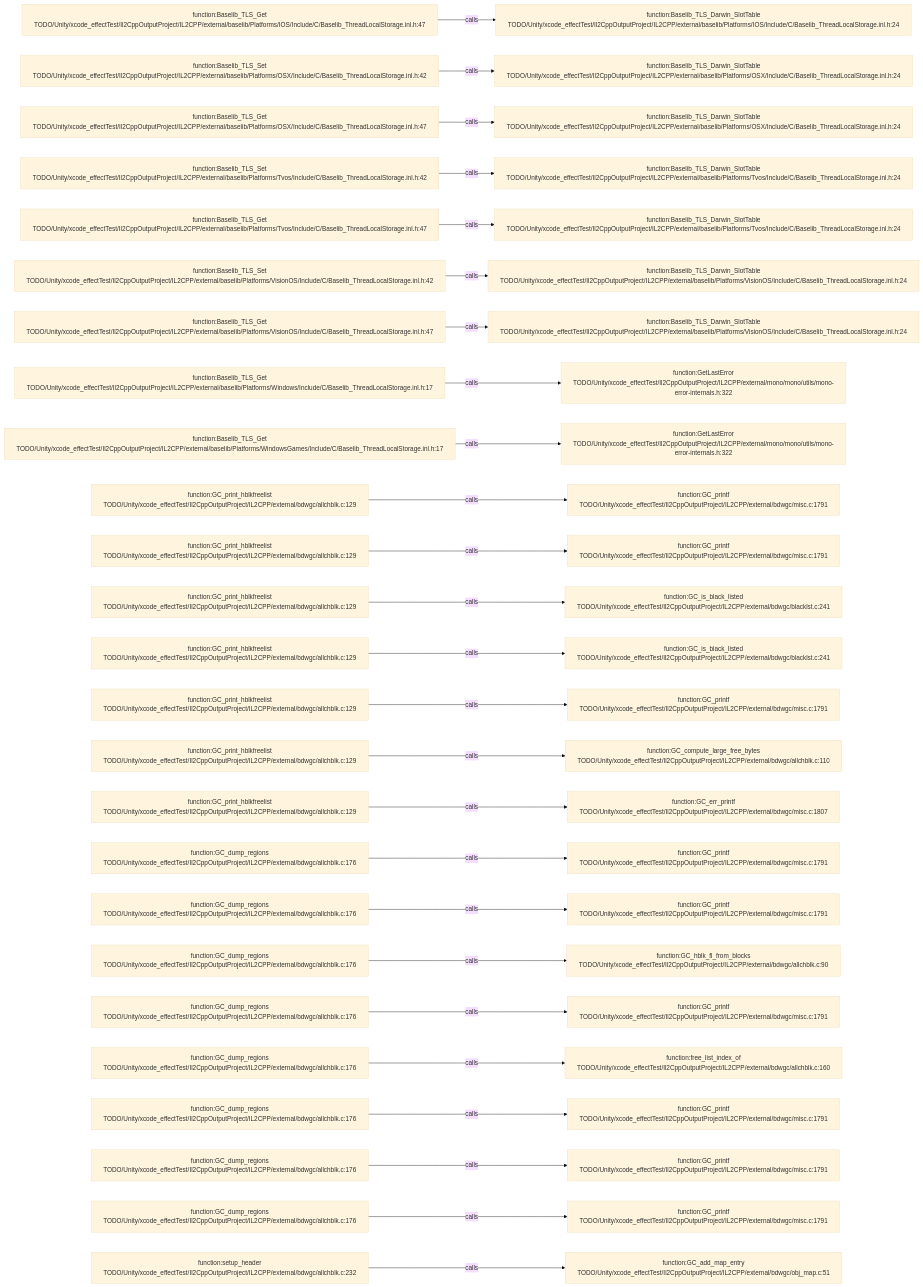
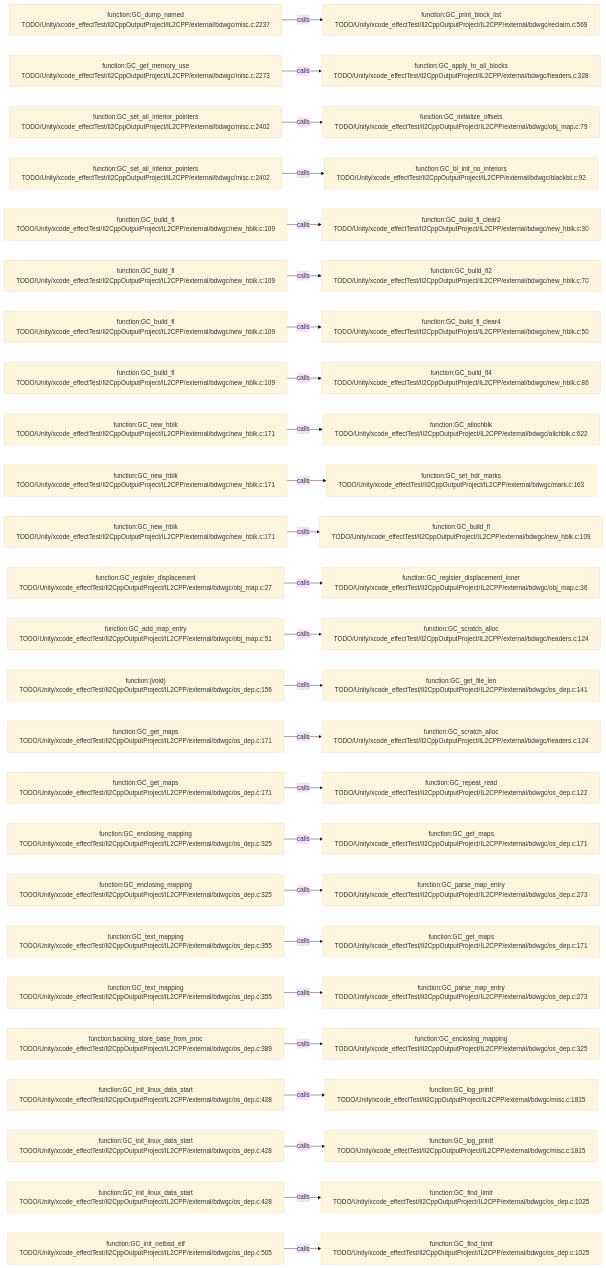
One commit to JobsKits/JobsSwiftBaseConfigDemo changed the diagram in .codegraph/codegraph.md/graphs/calls-141.md. Above: the diagram before and after it, drawn with Mermaid (base theme). The commit also changed 227 other files, not shown here.

````diff
--- a/.codegraph/codegraph.md/graphs/calls-141.md
+++ b/.codegraph/codegraph.md/graphs/calls-141.md
@@ -13,78 +13,78 @@
 ```mermaid
 flowchart LR
-  S1["function:Baselib_TLS_Get<br/>TODO/Unity/xcode_effectTest/Il2CppOutputProject/IL2CPP/external/baselib/Platforms/IOS/Include/C/Baselib_ThreadLocalStorage.inl.h:47"]
-  T1["function:Baselib_TLS_Darwin_SlotTable<br/>TODO/Unity/xcode_effectTest/Il2CppOutputProject/IL2CPP/external/baselib/Platforms/IOS/Include/C/Baselib_ThreadLocalStorage.inl.h:24"]
+  S1["function:GC_dump_named<br/>TODO/Unity/xcode_effectTest/Il2CppOutputProject/IL2CPP/external/bdwgc/misc.c:2237"]
+  T1["function:GC_print_block_list<br/>TODO/Unity/xcode_effectTest/Il2CppOutputProject/IL2CPP/external/bdwgc/reclaim.c:569"]
   S1 -->|calls| T1
-  S2["function:Baselib_TLS_Set<br/>TODO/Unity/xcode_effectTest/Il2CppOutputProject/IL2CPP/external/baselib/Platforms/OSX/Include/C/Baselib_ThreadLocalStorage.inl.h:42"]
-  T2["function:Baselib_TLS_Darwin_SlotTable<br/>TODO/Unity/xcode_effectTest/Il2CppOutputProject/IL2CPP/external/baselib/Platforms/OSX/Include/C/Baselib_ThreadLocalStorage.inl.h:24"]
+  S2["function:GC_get_memory_use<br/>TODO/Unity/xcode_effectTest/Il2CppOutputProject/IL2CPP/external/bdwgc/misc.c:2273"]
+  T2["function:GC_apply_to_all_blocks<br/>TODO/Unity/xcode_effectTest/Il2CppOutputProject/IL2CPP/external/bdwgc/headers.c:328"]
   S2 -->|calls| T2
-  S3["function:Baselib_TLS_Get<br/>TODO/Unity/xcode_effectTest/Il2CppOutputProject/IL2CPP/external/baselib/Platforms/OSX/Include/C/Baselib_ThreadLocalStorage.inl.h:47"]
-  T3["function:Baselib_TLS_Darwin_SlotTable<br/>TODO/Unity/xcode_effectTest/Il2CppOutputProject/IL2CPP/external/baselib/Platforms/OSX/Include/C/Baselib_ThreadLocalStorage.inl.h:24"]
+  S3["function:GC_set_all_interior_pointers<br/>TODO/Unity/xcode_effectTest/Il2CppOutputProject/IL2CPP/external/bdwgc/misc.c:2402"]
+  T3["function:GC_initialize_offsets<br/>TODO/Unity/xcode_effectTest/Il2CppOutputProject/IL2CPP/external/bdwgc/obj_map.c:79"]
   S3 -->|calls| T3
-  S4["function:Baselib_TLS_Set<br/>TODO/Unity/xcode_effectTest/Il2CppOutputProject/IL2CPP/external/baselib/Platforms/Tvos/Include/C/Baselib_ThreadLocalStorage.inl.h:42"]
-  T4["function:Baselib_TLS_Darwin_SlotTable<br/>TODO/Unity/xcode_effectTest/Il2CppOutputProject/IL2CPP/external/baselib/Platforms/Tvos/Include/C/Baselib_ThreadLocalStorage.inl.h:24"]
+  S4["function:GC_set_all_interior_pointers<br/>TODO/Unity/xcode_effectTest/Il2CppOutputProject/IL2CPP/external/bdwgc/misc.c:2402"]
+  T4["function:GC_bl_init_no_interiors<br/>TODO/Unity/xcode_effectTest/Il2CppOutputProject/IL2CPP/external/bdwgc/blacklst.c:92"]
   S4 -->|calls| T4
-  S5["function:Baselib_TLS_Get<br/>TODO/Unity/xcode_effectTest/Il2CppOutputProject/IL2CPP/external/baselib/Platforms/Tvos/Include/C/Baselib_ThreadLocalStorage.inl.h:47"]
-  T5["function:Baselib_TLS_Darwin_SlotTable<br/>TODO/Unity/xcode_effectTest/Il2CppOutputProject/IL2CPP/external/baselib/Platforms/Tvos/Include/C/Baselib_ThreadLocalStorage.inl.h:24"]
+  S5["function:GC_build_fl<br/>TODO/Unity/xcode_effectTest/Il2CppOutputProject/IL2CPP/external/bdwgc/new_hblk.c:109"]
+  T5["function:GC_build_fl_clear2<br/>TODO/Unity/xcode_effectTest/Il2CppOutputProject/IL2CPP/external/bdwgc/new_hblk.c:30"]
   S5 -->|calls| T5
-  S6["function:Baselib_TLS_Set<br/>TODO/Unity/xcode_effectTest/Il2CppOutputProject/IL2CPP/external/baselib/Platforms/VisionOS/Include/C/Baselib_ThreadLocalStorage.inl.h:42"]
-  T6["function:Baselib_TLS_Darwin_SlotTable<br/>TODO/Unity/xcode_effectTest/Il2CppOutputProject/IL2CPP/external/baselib/Platforms/VisionOS/Include/C/Baselib_ThreadLocalStorage.inl.h:24"]
+  S6["function:GC_build_fl<br/>TODO/Unity/xcode_effectTest/Il2CppOutputProject/IL2CPP/external/bdwgc/new_hblk.c:109"]
+  T6["function:GC_build_fl2<br/>TODO/Unity/xcode_effectTest/Il2CppOutputProject/IL2CPP/external/bdwgc/new_hblk.c:70"]
   S6 -->|calls| T6
-  S7["function:Baselib_TLS_Get<br/>TODO/Unity/xcode_effectTest/Il2CppOutputProject/IL2CPP/external/baselib/Platforms/VisionOS/Include/C/Baselib_ThreadLocalStorage.inl.h:47"]
-  T7["function:Baselib_TLS_Darwin_SlotTable<br/>TODO/Unity/xcode_effectTest/Il2CppOutputProject/IL2CPP/external/baselib/Platforms/VisionOS/Include/C/Baselib_ThreadLocalStorage.inl.h:24"]
+  S7["function:GC_build_fl<br/>TODO/Unity/xcode_effectTest/Il2CppOutputProject/IL2CPP/external/bdwgc/new_hblk.c:109"]
+  T7["function:GC_build_fl_clear4<br/>TODO/Unity/xcode_effectTest/Il2CppOutputProject/IL2CPP/external/bdwgc/new_hblk.c:50"]
   S7 -->|calls| T7
-  S8["function:Baselib_TLS_Get<br/>TODO/Unity/xcode_effectTest/Il2CppOutputProject/IL2CPP/external/baselib/Platforms/Windows/Include/C/Baselib_ThreadLocalStorage.inl.h:17"]
-  T8["function:GetLastError<br/>TODO/Unity/xcode_effectTest/Il2CppOutputProject/IL2CPP/external/mono/mono/utils/mono-error-internals.h:322"]
+  S8["function:GC_build_fl<br/>TODO/Unity/xcode_effectTest/Il2CppOutputProject/IL2CPP/external/bdwgc/new_hblk.c:109"]
+  T8["function:GC_build_fl4<br/>TODO/Unity/xcode_effectTest/Il2CppOutputProject/IL2CPP/external/bdwgc/new_hblk.c:86"]
   S8 -->|calls| T8
-  S9["function:Baselib_TLS_Get<br/>TODO/Unity/xcode_effectTest/Il2CppOutputProject/IL2CPP/external/baselib/Platforms/WindowsGames/Include/C/Baselib_ThreadLocalStorage.inl.h:17"]
-  T9["function:GetLastError<br/>TODO/Unity/xcode_effectTest/Il2CppOutputProject/IL2CPP/external/mono/mono/utils/mono-error-internals.h:322"]
+  S9["function:GC_new_hblk<br/>TODO/Unity/xcode_effectTest/Il2CppOutputProject/IL2CPP/external/bdwgc/new_hblk.c:171"]
+  T9["function:GC_allochblk<br/>TODO/Unity/xcode_effectTest/Il2CppOutputProject/IL2CPP/external/bdwgc/allchblk.c:622"]
   S9 -->|calls| T9
-  S10["function:GC_print_hblkfreelist<br/>TODO/Unity/xcode_effectTest/Il2CppOutputProject/IL2CPP/external/bdwgc/allchblk.c:129"]
-  T10["function:GC_printf<br/>TODO/Unity/xcode_effectTest/Il2CppOutputProject/IL2CPP/external/bdwgc/misc.c:1791"]
+  S10["function:GC_new_hblk<br/>TODO/Unity/xcode_effectTest/Il2CppOutputProject/IL2CPP/external/bdwgc/new_hblk.c:171"]
+  T10["function:GC_set_hdr_marks<br/>TODO/Unity/xcode_effectTest/Il2CppOutputProject/IL2CPP/external/bdwgc/mark.c:163"]
   S10 -->|calls| T10
-  S11["function:GC_print_hblkfreelist<br/>TODO/Unity/xcode_effectTest/Il2CppOutputProject/IL2CPP/external/bdwgc/allchblk.c:129"]
-  T11["function:GC_printf<br/>TODO/Unity/xcode_effectTest/Il2CppOutputProject/IL2CPP/external/bdwgc/misc.c:1791"]
+  S11["function:GC_new_hblk<br/>TODO/Unity/xcode_effectTest/Il2CppOutputProject/IL2CPP/external/bdwgc/new_hblk.c:171"]
+  T11["function:GC_build_fl<br/>TODO/Unity/xcode_effectTest/Il2CppOutputProject/IL2CPP/external/bdwgc/new_hblk.c:109"]
   S11 -->|calls| T11
-  S12["function:GC_print_hblkfreelist<br/>TODO/Unity/xcode_effectTest/Il2CppOutputProject/IL2CPP/external/bdwgc/allchblk.c:129"]
-  T12["function:GC_is_black_listed<br/>TODO/Unity/xcode_effectTest/Il2CppOutputProject/IL2CPP/external/bdwgc/blacklst.c:241"]
+  S12["function:GC_register_displacement<br/>TODO/Unity/xcode_effectTest/Il2CppOutputProject/IL2CPP/external/bdwgc/obj_map.c:27"]
+  T12["function:GC_register_displacement_inner<br/>TODO/Unity/xcode_effectTest/Il2CppOutputProject/IL2CPP/external/bdwgc/obj_map.c:36"]
   S12 -->|calls| T12
-  S13["function:GC_print_hblkfreelist<br/>TODO/Unity/xcode_effectTest/Il2CppOutputProject/IL2CPP/external/bdwgc/allchblk.c:129"]
-  T13["function:GC_is_black_listed<br/>TODO/Unity/xcode_effectTest/Il2CppOutputProject/IL2CPP/external/bdwgc/blacklst.c:241"]
+  S13["function:GC_add_map_entry<br/>TODO/Unity/xcode_effectTest/Il2CppOutputProject/IL2CPP/external/bdwgc/obj_map.c:51"]
+  T13["function:GC_scratch_alloc<br/>TODO/Unity/xcode_effectTest/Il2CppOutputProject/IL2CPP/external/bdwgc/headers.c:124"]
   S13 -->|calls| T13
-  S14["function:GC_print_hblkfreelist<br/>TODO/Unity/xcode_effectTest/Il2CppOutputProject/IL2CPP/external/bdwgc/allchblk.c:129"]
-  T14["function:GC_printf<br/>TODO/Unity/xcode_effectTest/Il2CppOutputProject/IL2CPP/external/bdwgc/misc.c:1791"]
+  S14["function:(void)<br/>TODO/Unity/xcode_effectTest/Il2CppOutputProject/IL2CPP/external/bdwgc/os_dep.c:156"]
+  T14["function:GC_get_file_len<br/>TODO/Unity/xcode_effectTest/Il2CppOutputProject/IL2CPP/external/bdwgc/os_dep.c:141"]
   S14 -->|calls| T14
-  S15["function:GC_print_hblkfreelist<br/>TODO/Unity/xcode_effectTest/Il2CppOutputProject/IL2CPP/external/bdwgc/allchblk.c:129"]
-  T15["function:GC_compute_large_free_bytes<br/>TODO/Unity/xcode_effectTest/Il2CppOutputProject/IL2CPP/external/bdwgc/allchblk.c:110"]
+  S15["function:GC_get_maps<br/>TODO/Unity/xcode_effectTest/Il2CppOutputProject/IL2CPP/external/bdwgc/os_dep.c:171"]
+  T15["function:GC_scratch_alloc<br/>TODO/Unity/xcode_effectTest/Il2CppOutputProject/IL2CPP/external/bdwgc/headers.c:124"]
   S15 -->|calls| T15
-  S16["function:GC_print_hblkfreelist<br/>TODO/Unity/xcode_effectTest/Il2CppOutputProject/IL2CPP/external/bdwgc/allchblk.c:129"]
-  T16["function:GC_err_printf<br/>TODO/Unity/xcode_effectTest/Il2CppOutputProject/IL2CPP/external/bdwgc/misc.c:1807"]
+  S16["function:GC_get_maps<br/>TODO/Unity/xcode_effectTest/Il2CppOutputProject/IL2CPP/external/bdwgc/os_dep.c:171"]
+  T16["function:GC_repeat_read<br/>TODO/Unity/xcode_effectTest/Il2CppOutputProject/IL2CPP/external/bdwgc/os_dep.c:122"]
   S16 -->|calls| T16
-  S17["function:GC_dump_regions<br/>TODO/Unity/xcode_effectTest/Il2CppOutputProject/IL2CPP/external/bdwgc/allchblk.c:176"]
-  T17["function:GC_printf<br/>TODO/Unity/xcode_effectTest/Il2CppOutputProject/IL2CPP/external/bdwgc/misc.c:1791"]
+  S17["function:GC_enclosing_mapping<br/>TODO/Unity/xcode_effectTest/Il2CppOutputProject/IL2CPP/external/bdwgc/os_dep.c:325"]
+  T17["function:GC_get_maps<br/>TODO/Unity/xcode_effectTest/Il2CppOutputProject/IL2CPP/external/bdwgc/os_dep.c:171"]
   S17 -->|calls| T17
-  S18["function:GC_dump_regions<br/>TODO/Unity/xcode_effectTest/Il2CppOutputProject/IL2CPP/external/bdwgc/allchblk.c:176"]
-  T18["function:GC_printf<br/>TODO/Unity/xcode_effectTest/Il2CppOutputProject/IL2CPP/external/bdwgc/misc.c:1791"]
+  S18["function:GC_enclosing_mapping<br/>TODO/Unity/xcode_effectTest/Il2CppOutputProject/IL2CPP/external/bdwgc/os_dep.c:325"]
+  T18["function:GC_parse_map_entry<br/>TODO/Unity/xcode_effectTest/Il2CppOutputProject/IL2CPP/external/bdwgc/os_dep.c:273"]
   S18 -->|calls| T18
-  S19["function:GC_dump_regions<br/>TODO/Unity/xcode_effectTest/Il2CppOutputProject/IL2CPP/external/bdwgc/allchblk.c:176"]
-  T19["function:GC_hblk_fl_from_blocks<br/>TODO/Unity/xcode_effectTest/Il2CppOutputProject/IL2CPP/external/bdwgc/allchblk.c:90"]
+  S19["function:GC_text_mapping<br/>TODO/Unity/xcode_effectTest/Il2CppOutputProject/IL2CPP/external/bdwgc/os_dep.c:355"]
+  T19["function:GC_get_maps<br/>TODO/Unity/xcode_effectTest/Il2CppOutputProject/IL2CPP/external/bdwgc/os_dep.c:171"]
   S19 -->|calls| T19
-  S20["function:GC_dump_regions<br/>TODO/Unity/xcode_effectTest/Il2CppOutputProject/IL2CPP/external/bdwgc/allchblk.c:176"]
-  T20["function:GC_printf<br/>TODO/Unity/xcode_effectTest/Il2CppOutputProject/IL2CPP/external/bdwgc/misc.c:1791"]
+  S20["function:GC_text_mapping<br/>TODO/Unity/xcode_effectTest/Il2CppOutputProject/IL2CPP/external/bdwgc/os_dep.c:355"]
+  T20["function:GC_parse_map_entry<br/>TODO/Unity/xcode_effectTest/Il2CppOutputProject/IL2CPP/external/bdwgc/os_dep.c:273"]
   S20 -->|calls| T20
-  S21["function:GC_dump_regions<br/>TODO/Unity/xcode_effectTest/Il2CppOutputProject/IL2CPP/external/bdwgc/allchblk.c:176"]
-  T21["function:free_list_index_of<br/>TODO/Unity/xcode_effectTest/Il2CppOutputProject/IL2CPP/external/bdwgc/allchblk.c:160"]
+  S21["function:backing_store_base_from_proc<br/>TODO/Unity/xcode_effectTest/Il2CppOutputProject/IL2CPP/external/bdwgc/os_dep.c:389"]
+  T21["function:GC_enclosing_mapping<br/>TODO/Unity/xcode_effectTest/Il2CppOutputProject/IL2CPP/external/bdwgc/os_dep.c:325"]
   S21 -->|calls| T21
-  S22["function:GC_dump_regions<br/>TODO/Unity/xcode_effectTest/Il2CppOutputProject/IL2CPP/external/bdwgc/allchblk.c:176"]
-  T22["function:GC_printf<br/>TODO/Unity/xcode_effectTest/Il2CppOutputProject/IL2CPP/external/bdwgc/misc.c:1791"]
+  S22["function:GC_init_linux_data_start<br/>TODO/Unity/xcode_effectTest/Il2CppOutputProject/IL2CPP/external/bdwgc/os_dep.c:428"]
+  T22["function:GC_log_printf<br/>TODO/Unity/xcode_effectTest/Il2CppOutputProject/IL2CPP/external/bdwgc/misc.c:1815"]
   S22 -->|calls| T22
-  S23["function:GC_dump_regions<br/>TODO/Unity/xcode_effectTest/Il2CppOutputProject/IL2CPP/external/bdwgc/allchblk.c:176"]
-  T23["function:GC_printf<br/>TODO/Unity/xcode_effectTest/Il2CppOutputProject/IL2CPP/external/bdwgc/misc.c:1791"]
+  S23["function:GC_init_linux_data_start<br/>TODO/Unity/xcode_effectTest/Il2CppOutputProject/IL2CPP/external/bdwgc/os_dep.c:428"]
+  T23["function:GC_log_printf<br/>TODO/Unity/xcode_effectTest/Il2CppOutputProject/IL2CPP/external/bdwgc/misc.c:1815"]
   S23 -->|calls| T23
-  S24["function:GC_dump_regions<br/>TODO/Unity/xcode_effectTest/Il2CppOutputProject/IL2CPP/external/bdwgc/allchblk.c:176"]
-  T24["function:GC_printf<br/>TODO/Unity/xcode_effectTest/Il2CppOutputProject/IL2CPP/external/bdwgc/misc.c:1791"]
+  S24["function:GC_init_linux_data_start<br/>TODO/Unity/xcode_effectTest/Il2CppOutputProject/IL2CPP/external/bdwgc/os_dep.c:428"]
+  T24["function:GC_find_limit<br/>TODO/Unity/xcode_effectTest/Il2CppOutputProject/IL2CPP/external/bdwgc/os_dep.c:1025"]
   S24 -->|calls| T24
-  S25["function:setup_header<br/>TODO/Unity/xcode_effectTest/Il2CppOutputProject/IL2CPP/external/bdwgc/allchblk.c:232"]
-  T25["function:GC_add_map_entry<br/>TODO/Unity/xcode_effectTest/Il2CppOutputProject/IL2CPP/external/bdwgc/obj_map.c:51"]
+  S25["function:GC_init_netbsd_elf<br/>TODO/Unity/xcode_effectTest/Il2CppOutputProject/IL2CPP/external/bdwgc/os_dep.c:505"]
+  T25["function:GC_find_limit<br/>TODO/Unity/xcode_effectTest/Il2CppOutputProject/IL2CPP/external/bdwgc/os_dep.c:1025"]
   S25 -->|calls| T25
 ```
````
